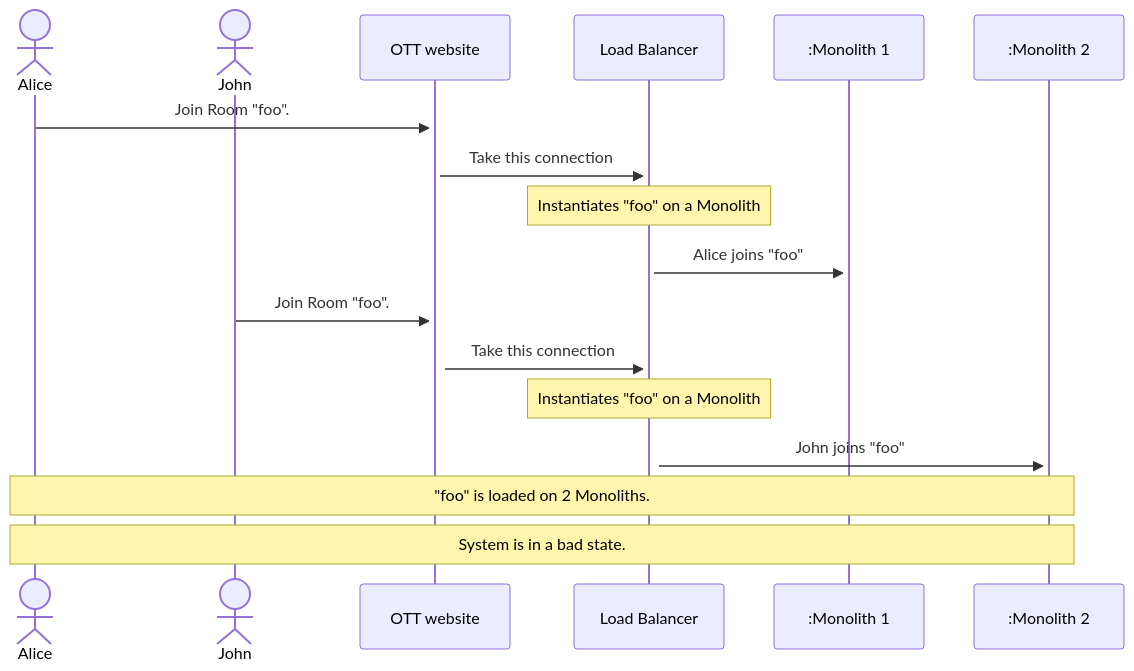
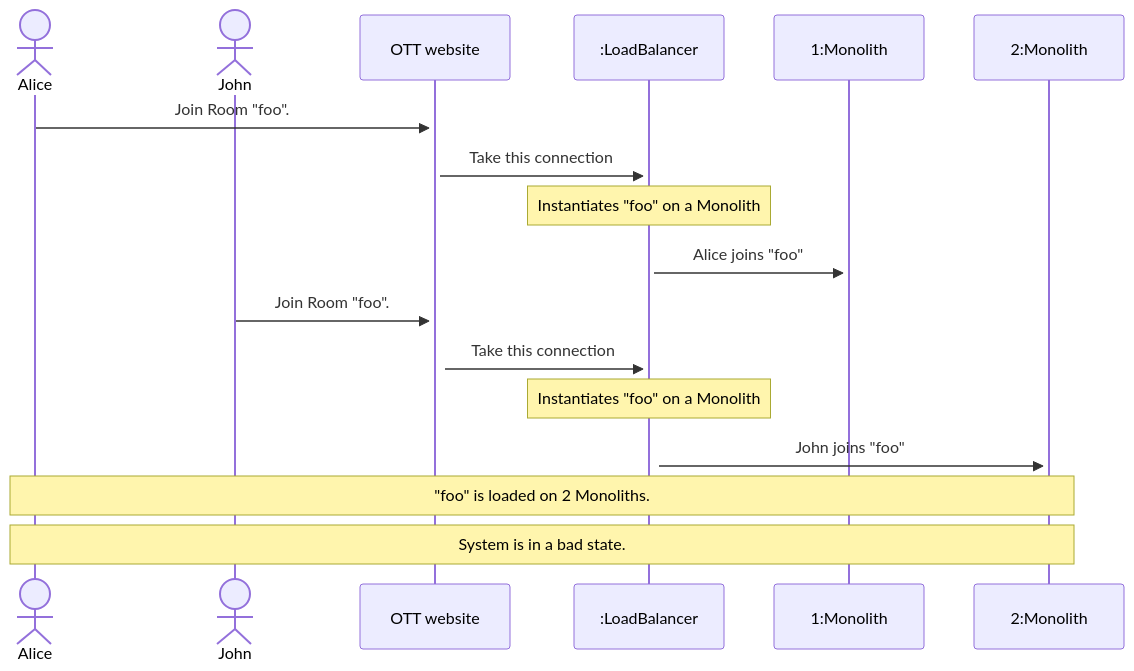
The diagram in figures/join-room-stateless.mmd (dyc3/senior-design), drawn with Mermaid before and after one commit. The commit also changed 1 other file, not shown here.

```diff
--- a/figures/join-room-stateless.mmd
+++ b/figures/join-room-stateless.mmd
@@ -1,17 +1,17 @@
 sequenceDiagram
     actor Alice
     actor John
     participant OTT as OTT website
-    participant L as Load Balancer
-    participant M1 as :Monolith 1
-    participant M2 as :Monolith 2
+    participant L as :LoadBalancer
+    participant M1 as 1:Monolith 
+    participant M2 as 2:Monolith
     Alice->>+OTT: Join Room "foo".
     OTT->>+L: Take this connection
     Note over L: Instantiates "foo" on a Monolith
     L->>+M1: Alice joins "foo"
     John->>+OTT: Join Room "foo".
     OTT->>+L: Take this connection
     Note over L: Instantiates "foo" on a Monolith
     L->>+M2: John joins "foo"
     Note over Alice,M2: "foo" is loaded on 2 Monoliths.
     Note over Alice,M2: System is in a bad state.
```
